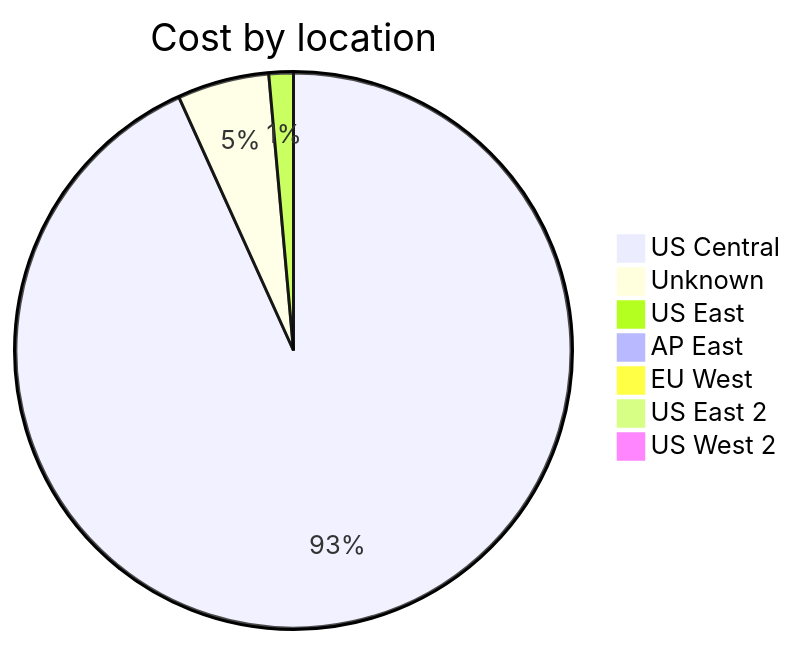
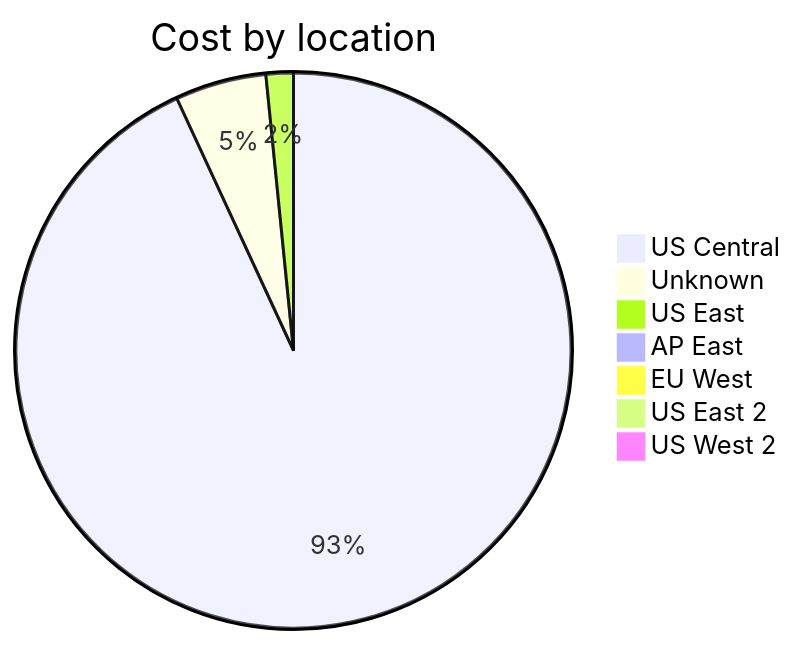
One commit to jpfulton/azure-personal-reports changed the third of 4 diagrams in cost-reports/accumulated-cost.md. Above: the diagram before and after it, drawn with Mermaid. The commit also changed other lines of this file and 4 other files, not shown here.

````diff
--- a/cost-reports/accumulated-cost.md
+++ b/cost-reports/accumulated-cost.md
@@ -119,11 +119,11 @@
 ```mermaid
 pie
    title Cost by location
-   "US Central" : 2.62
-   "Unknown" : 0.15
-   "US East" : 0.04
+   "US Central" : 3.51
+   "Unknown" : 0.20
+   "US East" : 0.06
    "AP East" : 0.00
    "EU West" : 0.00
    "US East 2" : 0.00
    "US West 2" : 0.00
 ```
````
